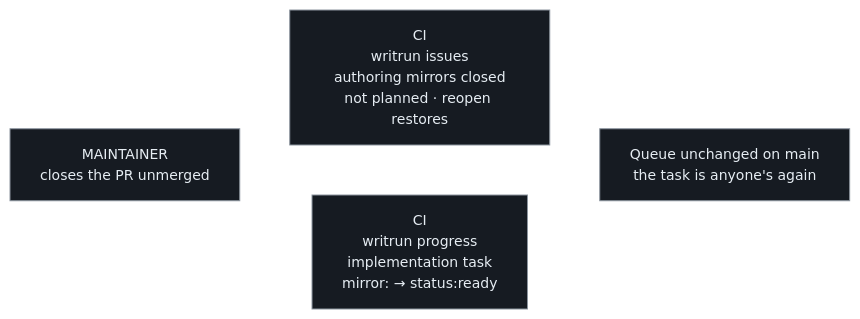
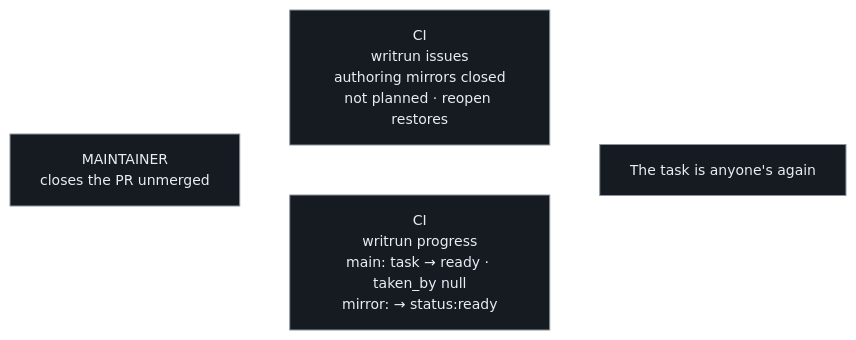
Before and after one commit to thomasfranke/writrun: the second of 2 diagrams in docs/product/pull-requests/review.md, drawn with Mermaid. The commit also changed other lines of this file and 20 other files, not shown here.

First line of the commit message:
docs: the bot owns the queue on main, and adoption speaks in stages

````diff
--- a/docs/product/pull-requests/review.md
+++ b/docs/product/pull-requests/review.md
@@ -38,10 +42,10 @@
 ```mermaid
 %%{init: {'theme':'base','themeVariables':{'background':'#0d1117','primaryColor':'#161b22','primaryTextColor':'#e6edf3','primaryBorderColor':'#8b949e','lineColor':'#ffffff','secondaryColor':'#161b22','tertiaryColor':'#161b22','fontSize':'14px'}}}%%
 flowchart LR
     A["MAINTAINER<br/>closes the PR unmerged"]
     B["CI<br/>writrun issues<br/>authoring mirrors closed<br/>not planned · reopen restores"]
-    C["CI<br/>writrun progress<br/>implementation task<br/>mirror: → status:ready"]
-    D["Queue unchanged on main<br/>the task is anyone's again"]
+    C["CI<br/>writrun progress<br/>main: task → ready · taken_by null<br/>mirror: → status:ready"]
+    D["The task is anyone's again"]
     A --> B --> D
     A --> C --> D
 ```
````
